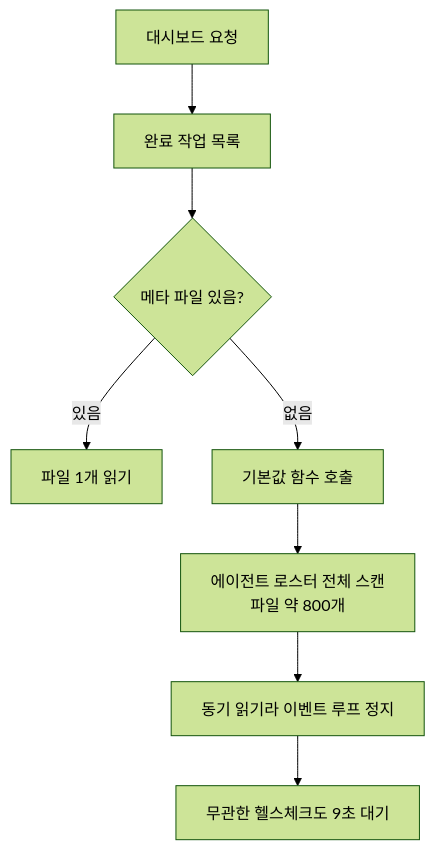
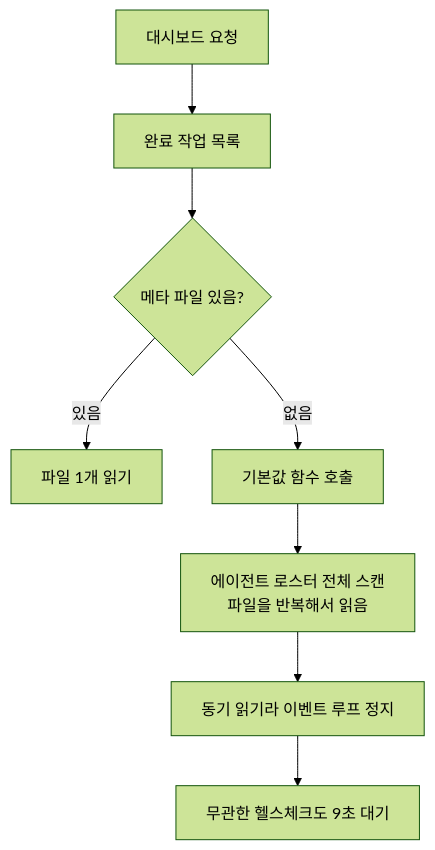
Before and after one commit to kukjun/blog: the diagram in src/content/blog/ko/nfs-open-amplification.md, drawn with Mermaid (forest theme). The commit also changed other lines of this file and 32 other files, not shown here.

````diff
--- a/src/content/blog/ko/nfs-open-amplification.md
+++ b/src/content/blog/ko/nfs-open-amplification.md
@@ -93,10 +99,10 @@
 ```mermaid
 flowchart TD
   A[대시보드 요청] --> B[완료 작업 목록]
   B --> C{메타 파일 있음?}
   C -- 있음 --> D[파일 1개 읽기]
   C -- 없음 --> E["기본값 함수 호출"]
-  E --> F["에이전트 로스터 전체 스캔<br/>파일 약 800개"]
+  E --> F["에이전트 로스터 전체 스캔<br/>파일을 반복해서 읽음"]
   F --> G[동기 읽기라 이벤트 루프 정지]
   G --> H[무관한 헬스체크도 9초 대기]
 ```
````
